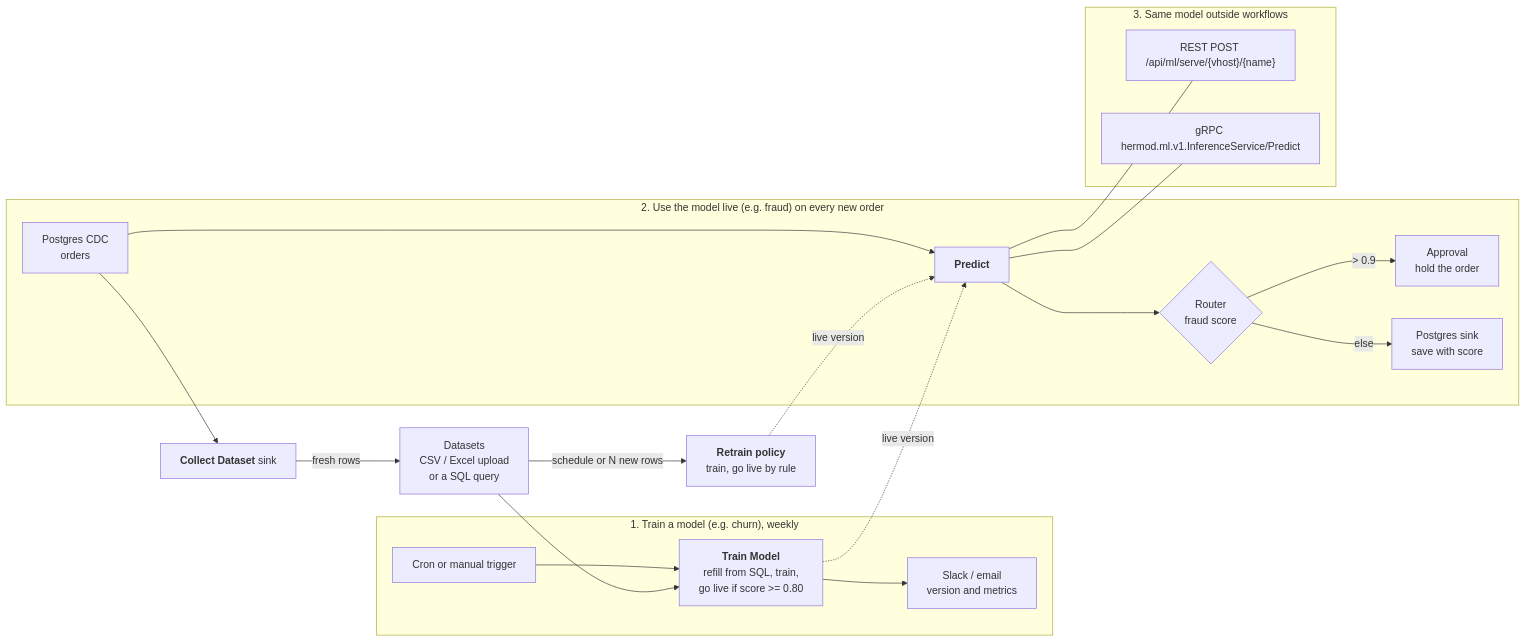
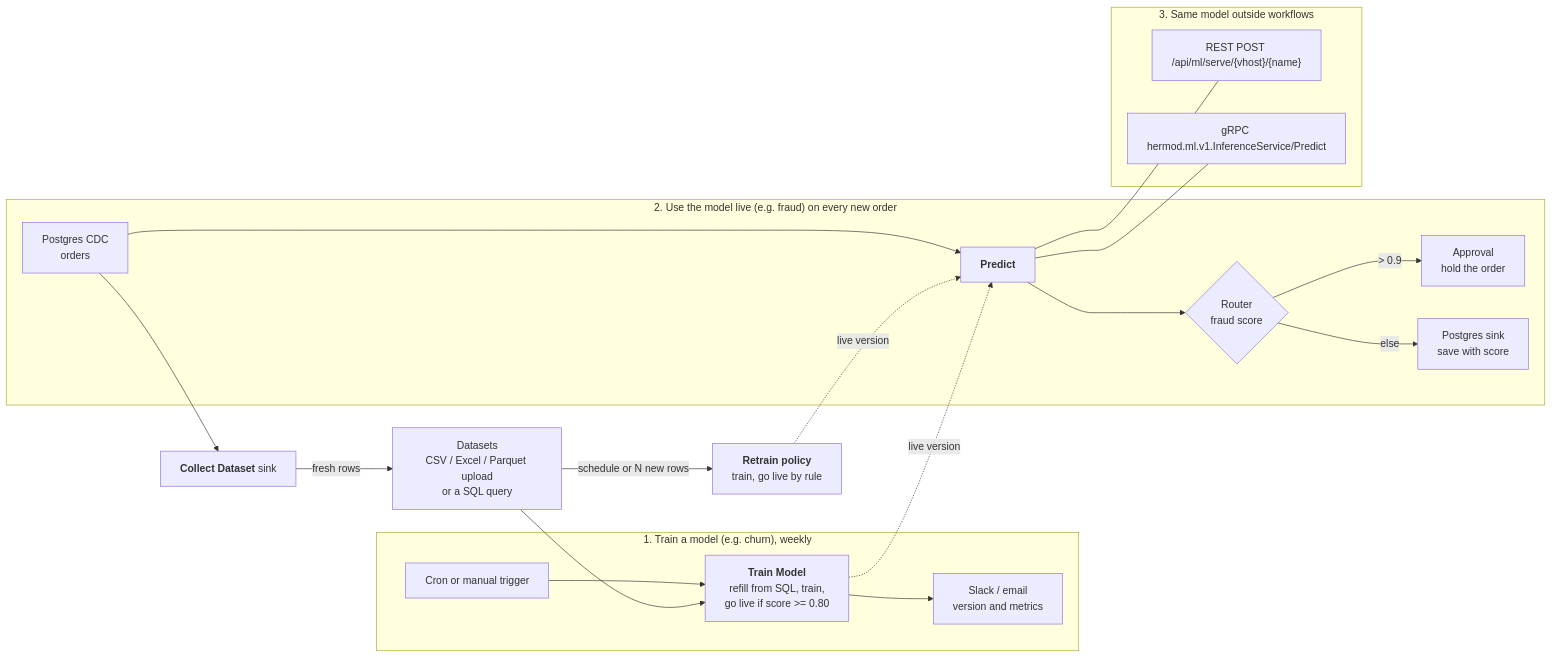
One commit to gsoultan/hermod changed the diagram in docs/ml.md. Above: the diagram before and after it, drawn with Mermaid. The commit also changed other lines of this file and 41 other files, not shown here.

First line of the commit message:
feat(ml): analyze datasets and upload Parquet files

````diff
--- a/docs/ml.md
+++ b/docs/ml.md
@@ -17,22 +17,22 @@
 ```mermaid
 flowchart LR
   subgraph A["1. Train a model (e.g. churn), weekly"]
     A1["Cron or manual trigger"] --> A3["<b>Train Model</b><br/>refill from SQL, train,<br/>go live if score >= 0.80"] --> A5["Slack / email<br/>version and metrics"]
   end
   subgraph B["2. Use the model live (e.g. fraud) on every new order"]
     B1["Postgres CDC<br/>orders"] --> B2["<b>Predict</b>"] --> B3{"Router<br/>fraud score"}
     B3 -- "> 0.9" --> B4["Approval<br/>hold the order"]
     B3 -- "else" --> B5["Postgres sink<br/>save with score"]
   end
   subgraph C["3. Same model outside workflows"]
     C1["REST POST /api/ml/serve/{vhost}/{name}"]
     C2["gRPC hermod.ml.v1.InferenceService/Predict"]
   end
-  D["Datasets<br/>CSV / Excel upload<br/>or a SQL query"] --> A3
+  D["Datasets<br/>CSV / Excel / Parquet upload<br/>or a SQL query"] --> A3
   B1 --> B6["<b>Collect Dataset</b> sink"] -- "fresh rows" --> D
   D -- "schedule or N new rows" --> R["<b>Retrain policy</b><br/>train, go live by rule"]
   R -. "live version" .-> B2
   A3 -. "live version" .-> B2
   B2 --- C1
   B2 --- C2
 ```
````
